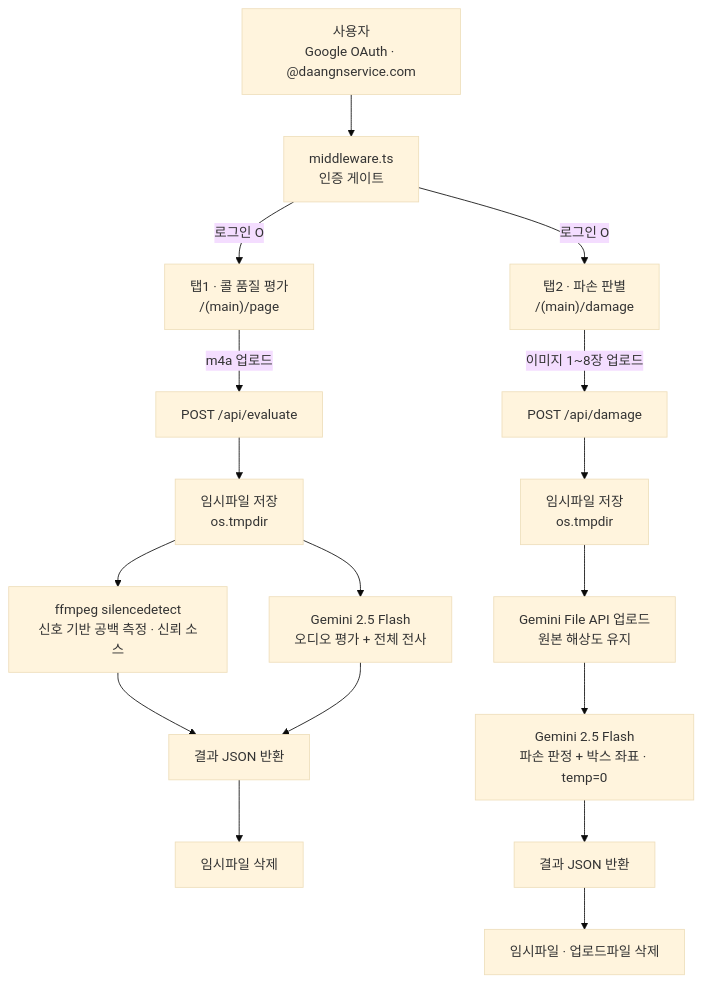
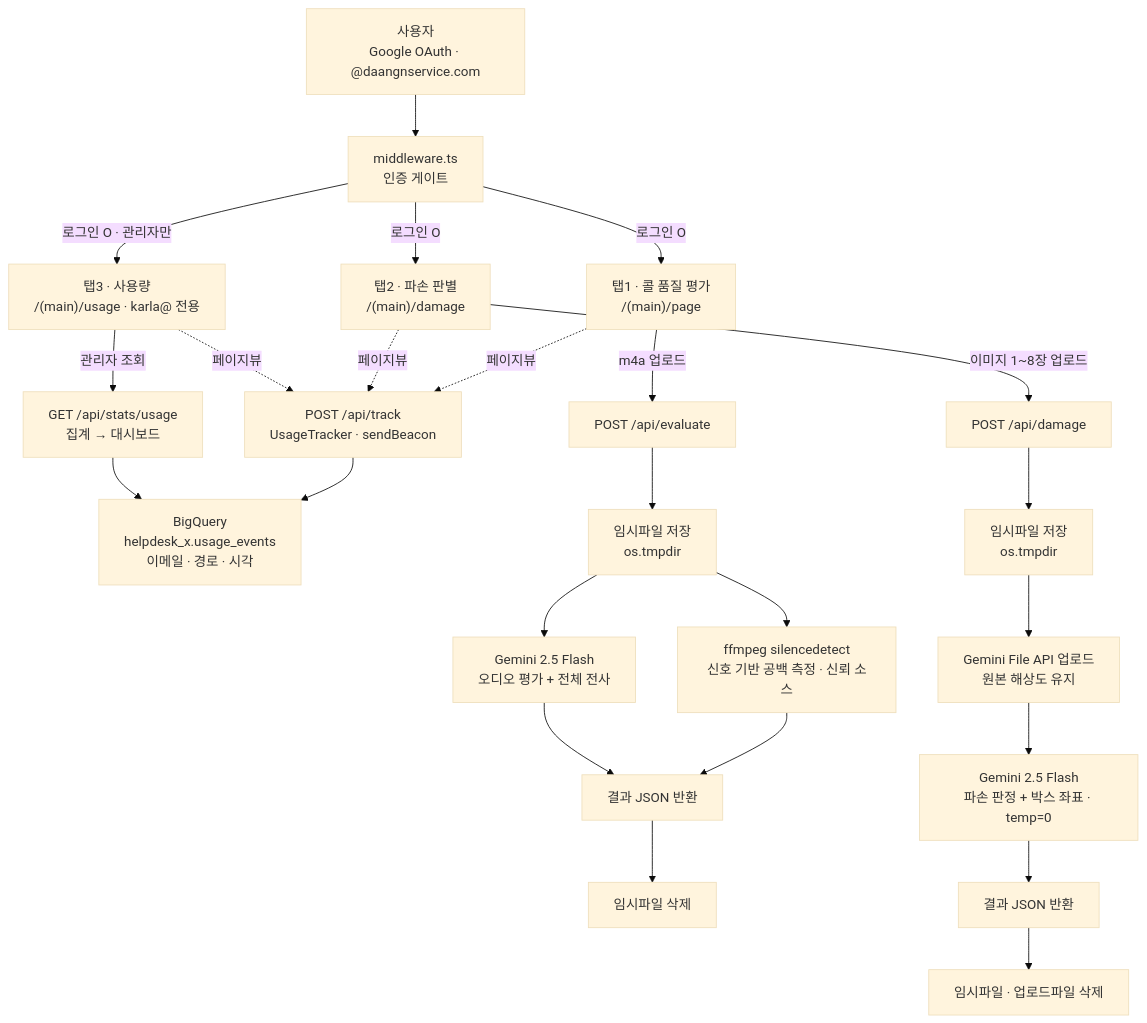
One commit to daangnservice-com/qms_qradar changed the diagram in docs/helpdesk-x_서비스구조.md. Above: the diagram before and after it, drawn with Mermaid (base theme). The commit also changed other lines of this file and 1 other file, not shown here.

Commit message:
feat: 사용량 트래킹 및 관리자 전용 `/usage` 탭 추가

````diff
--- a/docs/helpdesk-x_서비스구조.md
+++ b/docs/helpdesk-x_서비스구조.md
@@ -11,26 +11,35 @@
 ```mermaid
 flowchart TD
     U["사용자<br>Google OAuth · @daangnservice.com"]
     MW["middleware.ts<br>인증 게이트"]
     U --> MW
 
     MW -->|로그인 O| T1["탭1 · 콜 품질 평가<br>/(main)/page"]
     MW -->|로그인 O| T2["탭2 · 파손 판별<br>/(main)/damage"]
+    MW -->|로그인 O · 관리자만| T3["탭3 · 사용량<br>/(main)/usage · karla@ 전용"]
+
+    %% 사용량 트래킹 — 유일한 상태 저장 경로
+    T1 -.페이지뷰.-> TR["POST /api/track<br>UsageTracker · sendBeacon"]
+    T2 -.페이지뷰.-> TR
+    T3 -.페이지뷰.-> TR
+    TR --> BQ["BigQuery<br>helpdesk_x.usage_events<br>이메일 · 경로 · 시각"]
+    T3 -->|관리자 조회| ST["GET /api/stats/usage<br>집계 → 대시보드"]
+    ST --> BQ
 
     %% 탭1 — 콜 품질 평가 (이중 파이프라인)
     T1 -->|m4a 업로드| E1["POST /api/evaluate"]
     E1 --> E2["임시파일 저장<br>os.tmpdir"]
     E2 --> FF["ffmpeg silencedetect<br>신호 기반 공백 측정 · 신뢰 소스"]
     E2 --> G1["Gemini 2.5 Flash<br>오디오 평가 + 전체 전사"]
     FF --> E3["결과 JSON 반환"]
     G1 --> E3
     E3 --> E4["임시파일 삭제"]
 
     %% 탭2 — 파손 판별 (Gemini 단독)
     T2 -->|이미지 1~8장 업로드| D1["POST /api/damage"]
     D1 --> D2["임시파일 저장<br>os.tmpdir"]
     D2 --> D3["Gemini File API 업로드<br>원본 해상도 유지"]
     D3 --> G2["Gemini 2.5 Flash<br>파손 판정 + 박스 좌표 · temp=0"]
     G2 --> D4["결과 JSON 반환"]
     D4 --> D5["임시파일 · 업로드파일 삭제"]
 ```
````
